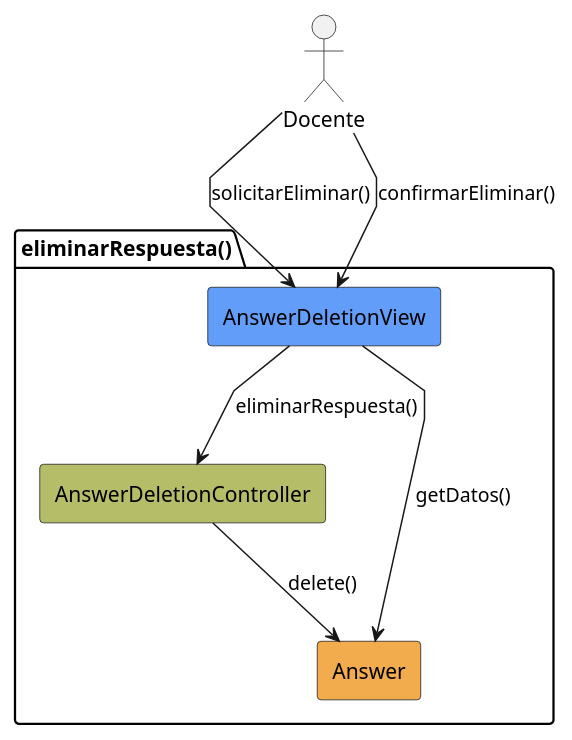
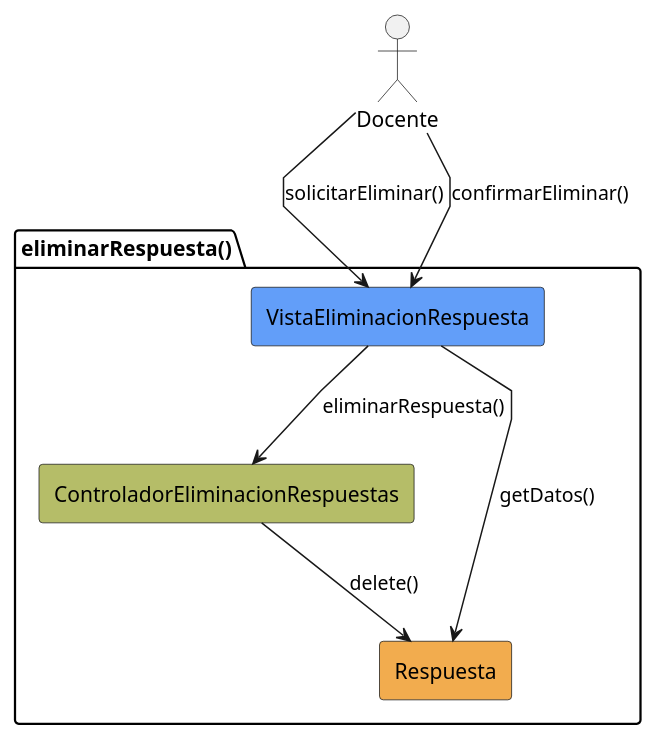
Before and after one commit to liamanderson873/25-26-idsw2-sdVC: the diagram in RUP/01-analisis/casos-uso/CU-36-eliminarRespuesta/analisis-colaboracion-CU-36-eliminarRespuesta.puml, drawn with PlantUML. The commit also changed 85 other files, not shown here.

```diff
--- a/RUP/01-analisis/casos-uso/CU-36-eliminarRespuesta/analisis-colaboracion-CU-36-eliminarRespuesta.puml
+++ b/RUP/01-analisis/casos-uso/CU-36-eliminarRespuesta/analisis-colaboracion-CU-36-eliminarRespuesta.puml
@@ -1,17 +1,17 @@
 @startuml eliminarRespuesta-analisis
 skinparam linetype polyline
 
 actor Docente
 package eliminarRespuesta as "eliminarRespuesta()" {
-    rectangle #629EF9 AnswerDeletionView
-    rectangle #b5bd68 AnswerDeletionController
-    rectangle #F2AC4E Answer
+    rectangle #629EF9 VistaEliminacionRespuesta
+    rectangle #b5bd68 ControladorEliminacionRespuestas
+    rectangle #F2AC4E Respuesta
 }
 
-Docente -r-> AnswerDeletionView: solicitarEliminar()
-AnswerDeletionView --> Answer: getDatos()
-Docente --> AnswerDeletionView: confirmarEliminar()
-AnswerDeletionView -d-> AnswerDeletionController: eliminarRespuesta()
-AnswerDeletionController --> Answer: delete()
+Docente -r-> VistaEliminacionRespuesta: solicitarEliminar()
+VistaEliminacionRespuesta --> Respuesta: getDatos()
+Docente --> VistaEliminacionRespuesta: confirmarEliminar()
+VistaEliminacionRespuesta -d-> ControladorEliminacionRespuestas: eliminarRespuesta()
+ControladorEliminacionRespuestas --> Respuesta: delete()
 
 @enduml
```
